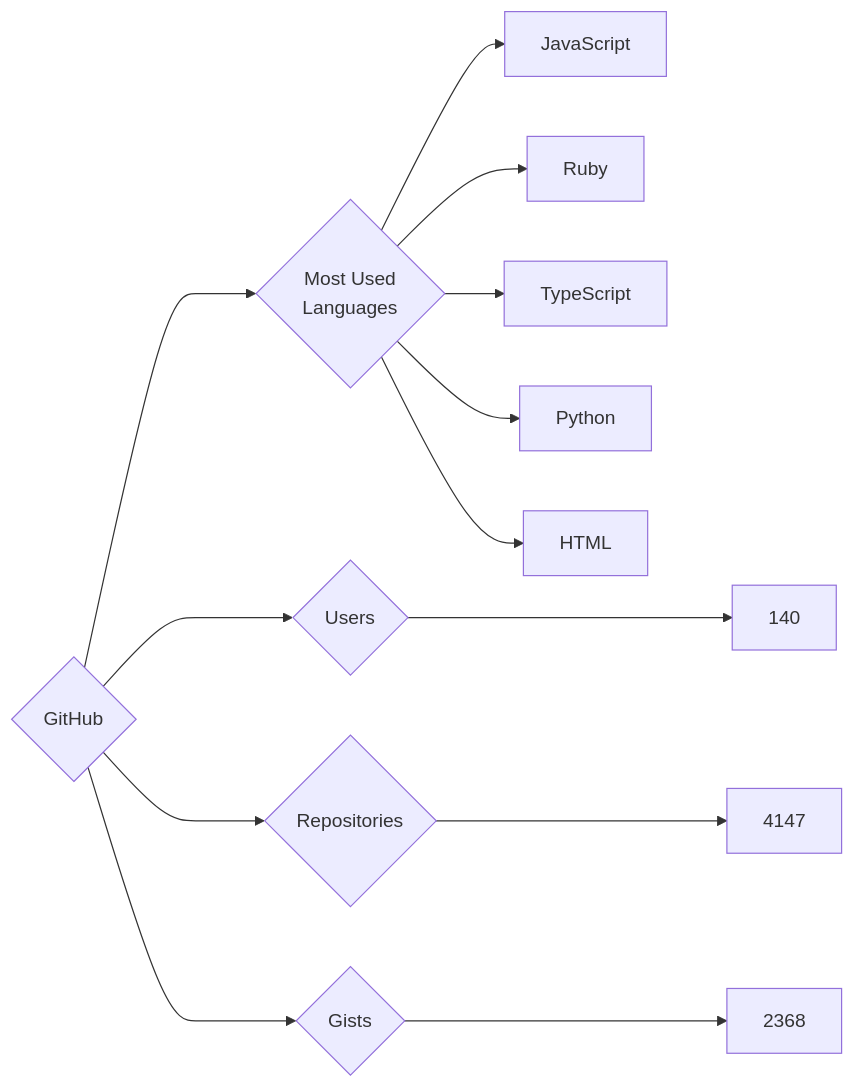
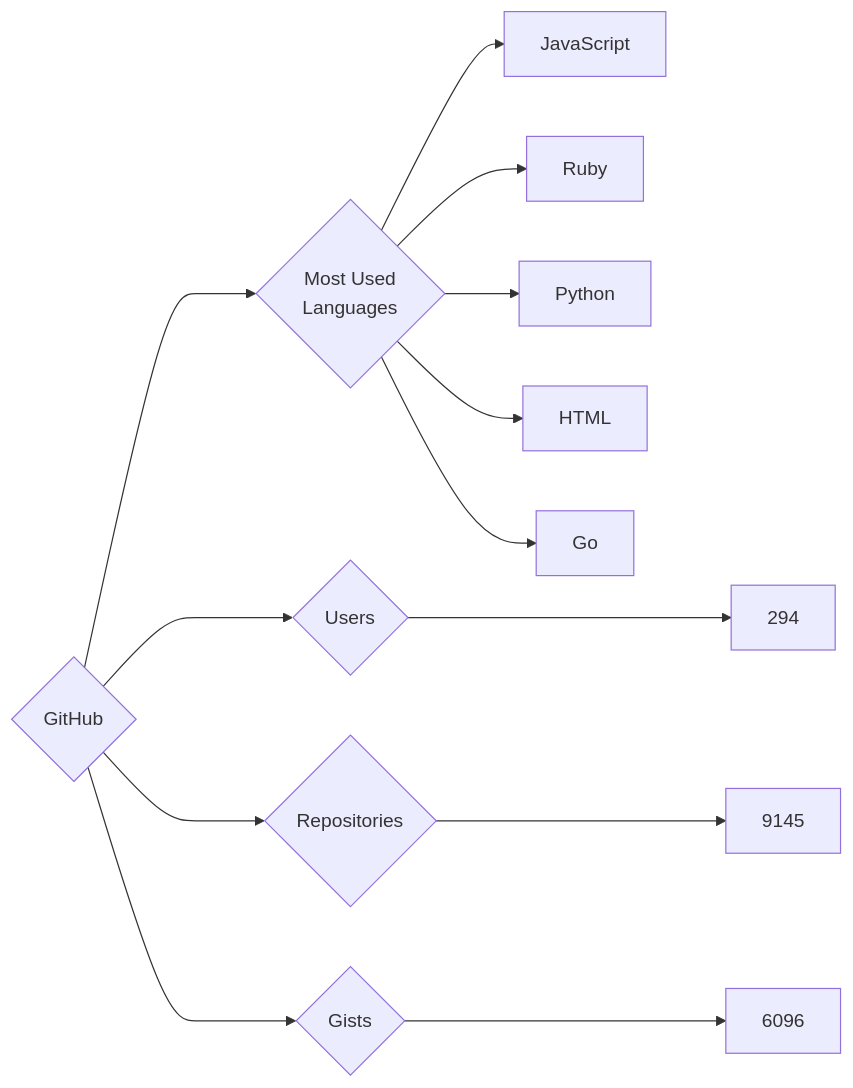
The diagram in targets/GitHub/README.md (trickest/insiders), drawn with Mermaid before and after one commit. The commit also changed 682 other files, not shown here.

````diff
--- a/targets/GitHub/README.md
+++ b/targets/GitHub/README.md
@@ -3,13 +3,13 @@
 ```mermaid
 graph LR
 COMPANY_NAME{GitHub}
-COMPANY_NAME ---> U{Users} ---> UN[140]
-COMPANY_NAME ---> R{Repositories} ---> RN[4147]
-COMPANY_NAME ---> G{Gists} ---> GN[2368]
+COMPANY_NAME ---> U{Users} ---> UN[294]
+COMPANY_NAME ---> R{Repositories} ---> RN[9145]
+COMPANY_NAME ---> G{Gists} ---> GN[6096]
 COMPANY_NAME ---> ML{Most Used<br>Languages}
 ML --> JavaScript[JavaScript]
 ML --> Ruby[Ruby]
-ML --> TypeScript[TypeScript]
 ML --> Python[Python]
 ML --> HTML[HTML]
+ML --> Go[Go]
 ```
````
